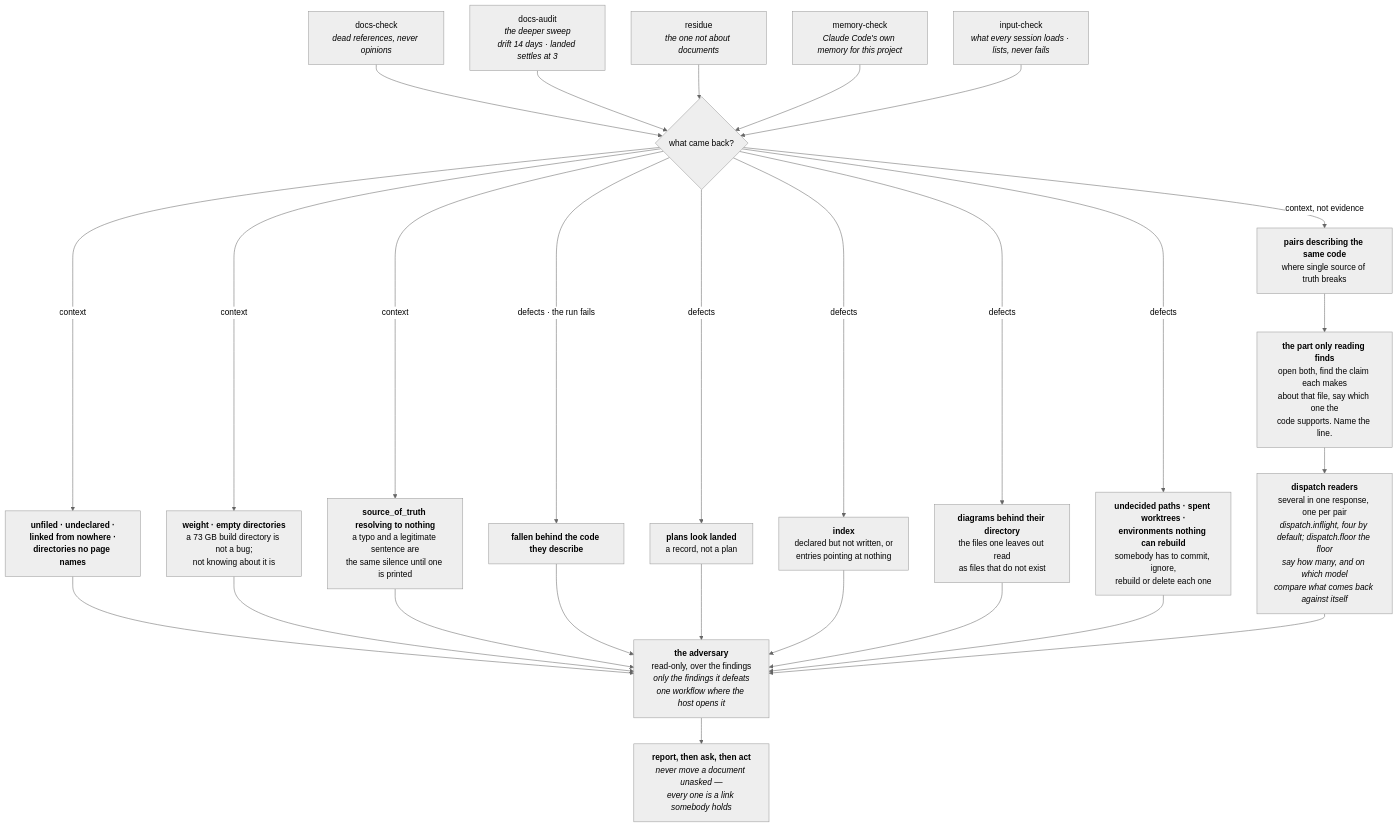
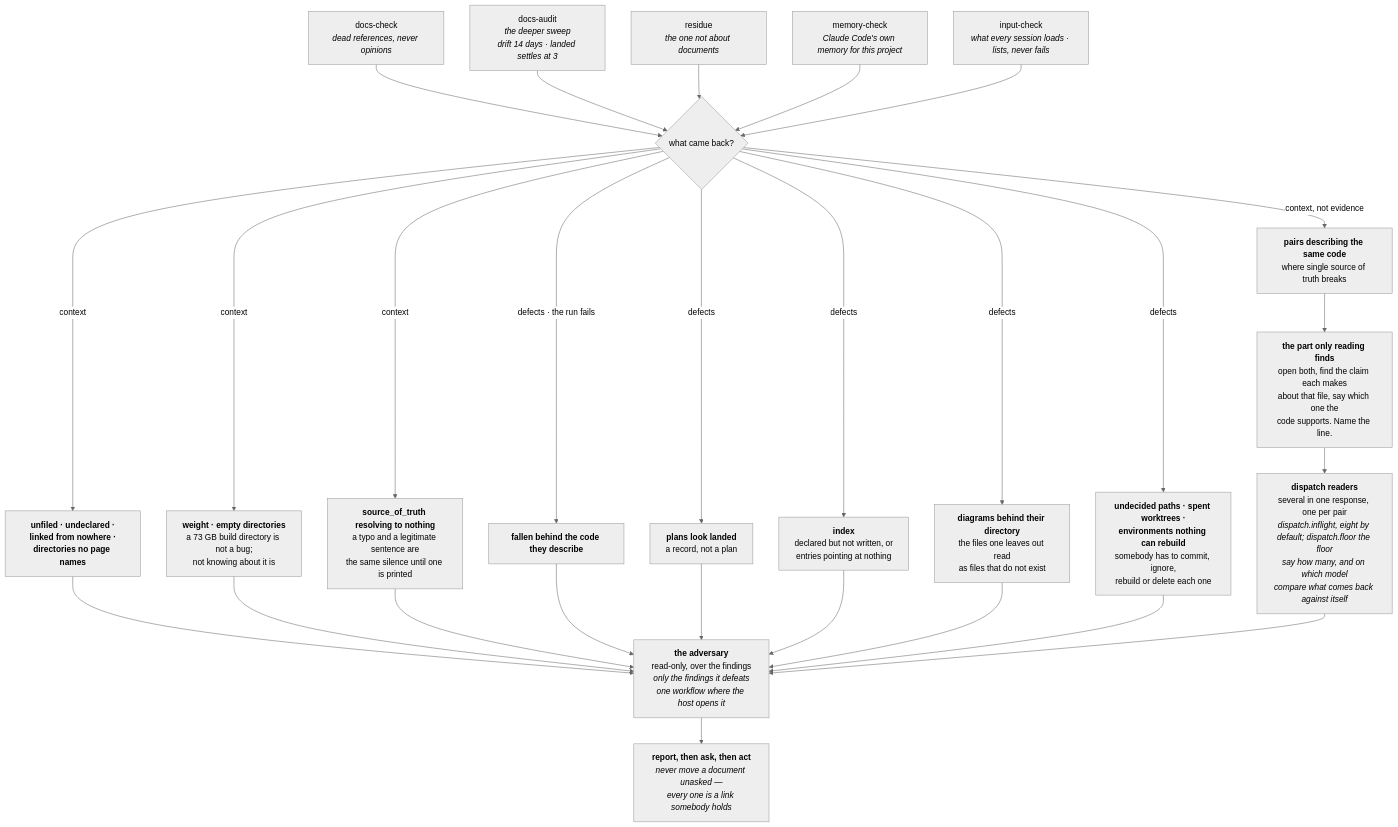
The seventh of 8 diagrams in docs/02-architecture/pipeline.md (FanFantom9452/FanKeel), drawn with Mermaid (neutral theme) before and after one commit. The commit also changed other lines of this file and 2 other files, not shown here.

First line of the commit message:
docs: the pipeline and subagents pages say eight

````diff
--- a/docs/02-architecture/pipeline.md
+++ b/docs/02-architecture/pipeline.md
@@ -699,49 +699,49 @@
 ```mermaid
 flowchart TD
     A["docs-check<br/><i>dead references, never opinions</i>"]
     B["docs-audit<br/><i>the deeper sweep<br/>drift 14 days · landed settles at 3</i>"]
     A2["residue<br/><i>the one not about documents</i>"]
     A3["memory-check<br/><i>Claude Code's own memory for this project</i>"]
     A4["input-check<br/><i>what every session loads · lists, never fails</i>"]
     C{"what came back?"}
     D1["<b>fallen behind the code they describe</b>"]
     D2["<b>plans look landed</b><br/>a record, not a plan"]
     D3["<b>index</b><br/>declared but not written, or<br/>entries pointing at nothing"]
     D4["<b>diagrams behind their directory</b><br/>the files one leaves out read<br/>as files that do not exist"]
     D5["<b>undecided paths · spent worktrees ·<br/>environments nothing can rebuild</b><br/>somebody has to commit, ignore,<br/>rebuild or delete each one"]
     E1["<b>pairs describing the same code</b><br/>where single source of truth breaks"]
     E2["<b>unfiled · undeclared ·<br/>linked from nowhere ·<br/>directories no page names</b>"]
     E3["<b>weight · empty directories</b><br/>a 73 GB build directory is not a bug;<br/>not knowing about it is"]
     E4["<b>source_of_truth resolving to nothing</b><br/>a typo and a legitimate sentence are<br/>the same silence until one is printed"]
     F["<b>the part only reading finds</b><br/>open both, find the claim each makes<br/>about that file, say which one the<br/>code supports. Name the line."]
-    F1["<b>dispatch readers</b><br/>several in one response, one per pair<br/><i>dispatch.inflight, four by default; dispatch.floor the floor</i><br/><i>say how many, and on which model</i><br/><i>compare what comes back against itself</i>"]
+    F1["<b>dispatch readers</b><br/>several in one response, one per pair<br/><i>dispatch.inflight, eight by default; dispatch.floor the floor</i><br/><i>say how many, and on which model</i><br/><i>compare what comes back against itself</i>"]
     F2["<b>the adversary</b><br/>read-only, over the findings<br/><i>only the findings it defeats</i><br/><i>one workflow where the host opens it</i>"]
     G["<b>report, then ask, then act</b><br/><i>never move a document unasked —<br/>every one is a link somebody holds</i>"]
 
     A --> C
     B --> C
     A2 --> C
     A3 --> C
     A4 --> C
     C -- "defects · the run fails" --> D1
     C -- "defects" --> D2
     C -- "defects" --> D3
     C -- "defects" --> D4
     C -- "defects" --> D5
     C -- "context, not evidence" --> E1
     C -- "context" --> E2
     C -- "context" --> E3
     C -- "context" --> E4
     E1 --> F
     E2 --> F2
     E3 --> F2
     E4 --> F2
     D1 --> F2
     D2 --> F2
     D3 --> F2
     D4 --> F2
     D5 --> F2
     F --> F1
     F1 --> F2
     F2 --> G
 ```
````
